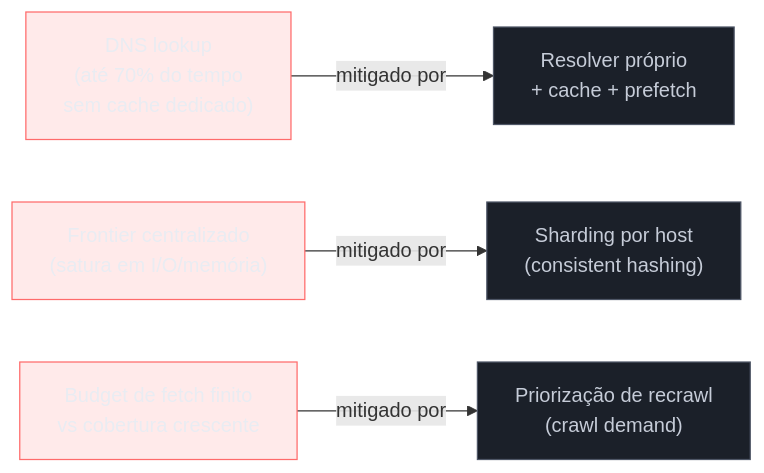
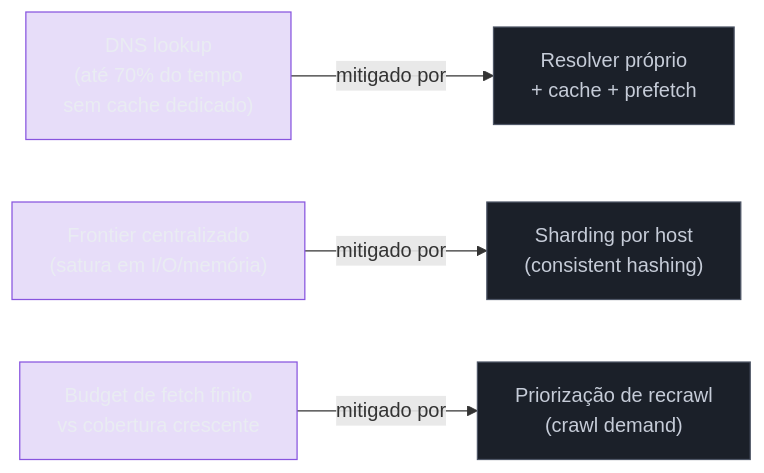
One commit to josenaldo/codex-technomanticus changed the third of 3 diagrams in 03-Dominios/Engenharia/Arquitetura/System Design/4 - Walkthroughs/07 - Web Crawler.md. Above: the diagram before and after it, drawn with Mermaid. The commit also changed 601 other files, not shown here.

````diff
--- a/03-Dominios/Engenharia/Arquitetura/System Design/4 - Walkthroughs/07 - Web Crawler.md
+++ b/03-Dominios/Engenharia/Arquitetura/System Design/4 - Walkthroughs/07 - Web Crawler.md
@@ -287,15 +287,15 @@
 ```mermaid
 graph LR
-    classDef falha fill:#FF6B6B24,stroke:#FF6B6B,color:#E9ECF2
+    classDef marca fill:#8855DF33,stroke:#8855DF,color:#E9ECF2
     classDef neutro fill:#1B2029,stroke:#4E5666,color:#C6CCD8
     DNS_B["DNS lookup<br/>(até 70% do tempo<br/>sem cache dedicado)"] -->|"mitigado por"| DNS_M["Resolver próprio<br/>+ cache + prefetch"]
     Frontier_B["Frontier centralizado<br/>(satura em I/O/memória)"] -->|"mitigado por"| Frontier_M["Sharding por host<br/>(consistent hashing)"]
     Fresh_B["Budget de fetch finito<br/>vs cobertura crescente"] -->|"mitigado por"| Fresh_M["Priorização de recrawl<br/>(crawl demand)"]
 
-    class DNS_B falha
-    class Frontier_B falha
-    class Fresh_B falha
+    class DNS_B marca
+    class Frontier_B marca
+    class Fresh_B marca
     class DNS_M neutro
     class Frontier_M neutro
     class Fresh_M neutro
 ```
````
